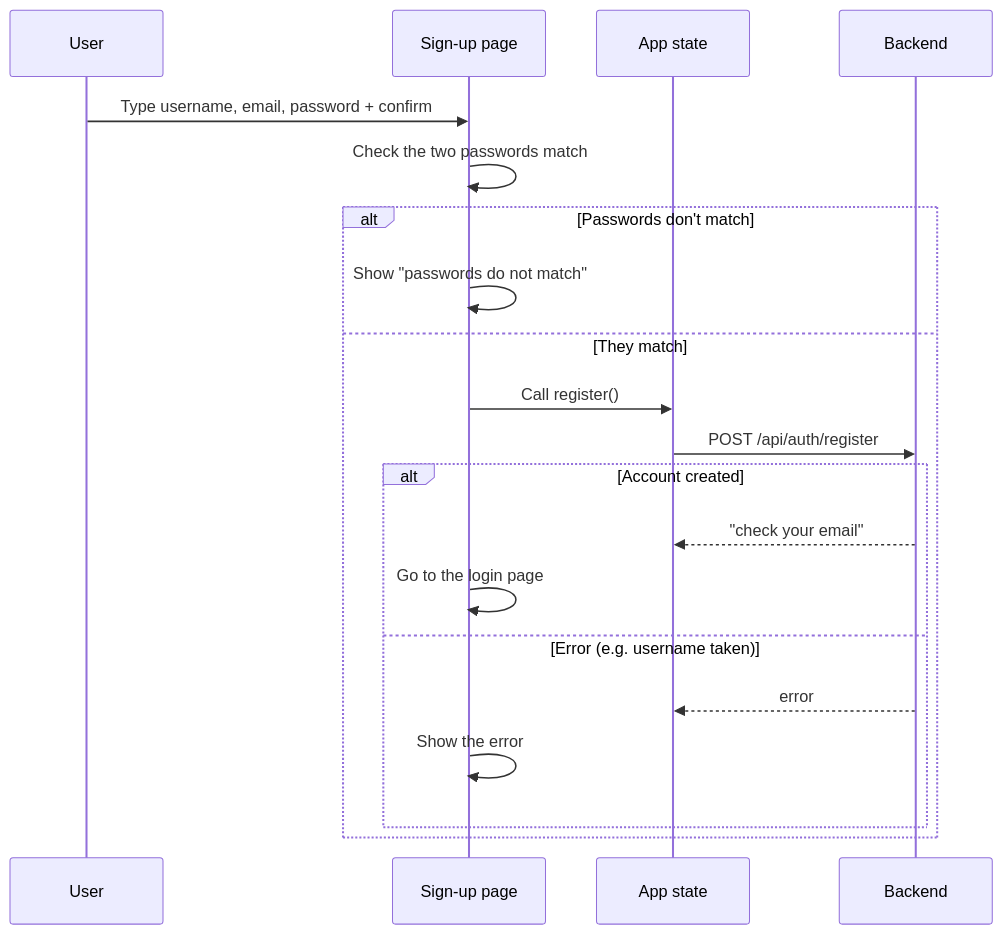
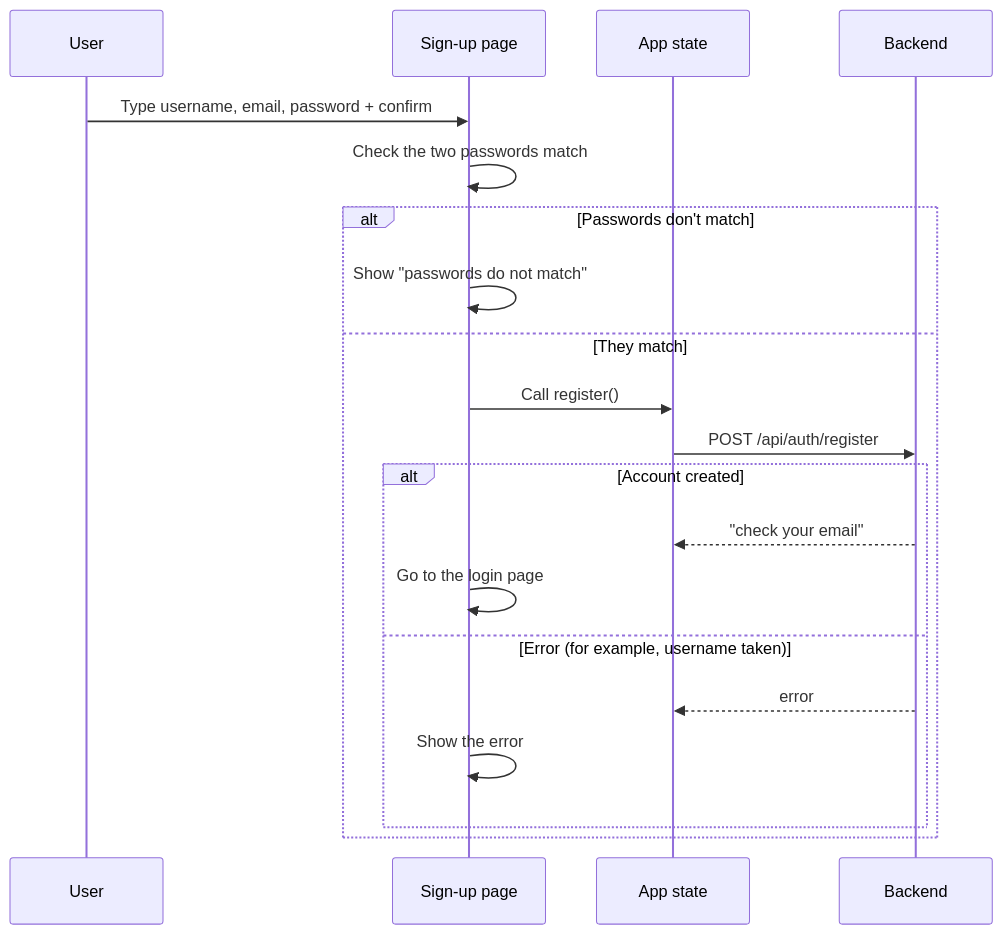
Before and after one commit to JaxzTan/ft_transcendence: the second of 3 diagrams in docs/frontend/frontend-auth-pages-module.md, drawn with Mermaid. The commit also changed other lines of this file and 39 other files, not shown here.

````diff
--- a/docs/frontend/frontend-auth-pages-module.md
+++ b/docs/frontend/frontend-auth-pages-module.md
@@ -103,23 +103,23 @@
 ```mermaid
 sequenceDiagram
     participant User
     participant Signup as Sign-up page
     participant Store as App state
     participant API as Backend
 
     User->>Signup: Type username, email, password + confirm
     Signup->>Signup: Check the two passwords match
     alt Passwords don't match
         Signup->>Signup: Show "passwords do not match"
     else They match
         Signup->>Store: Call register()
         Store->>API: POST /api/auth/register
         alt Account created
             API-->>Store: "check your email"
             Signup->>Signup: Go to the login page
-        else Error (e.g. username taken)
+        else Error (for example, username taken)
             API-->>Store: error
             Signup->>Signup: Show the error
         end
     end
 ```
````
